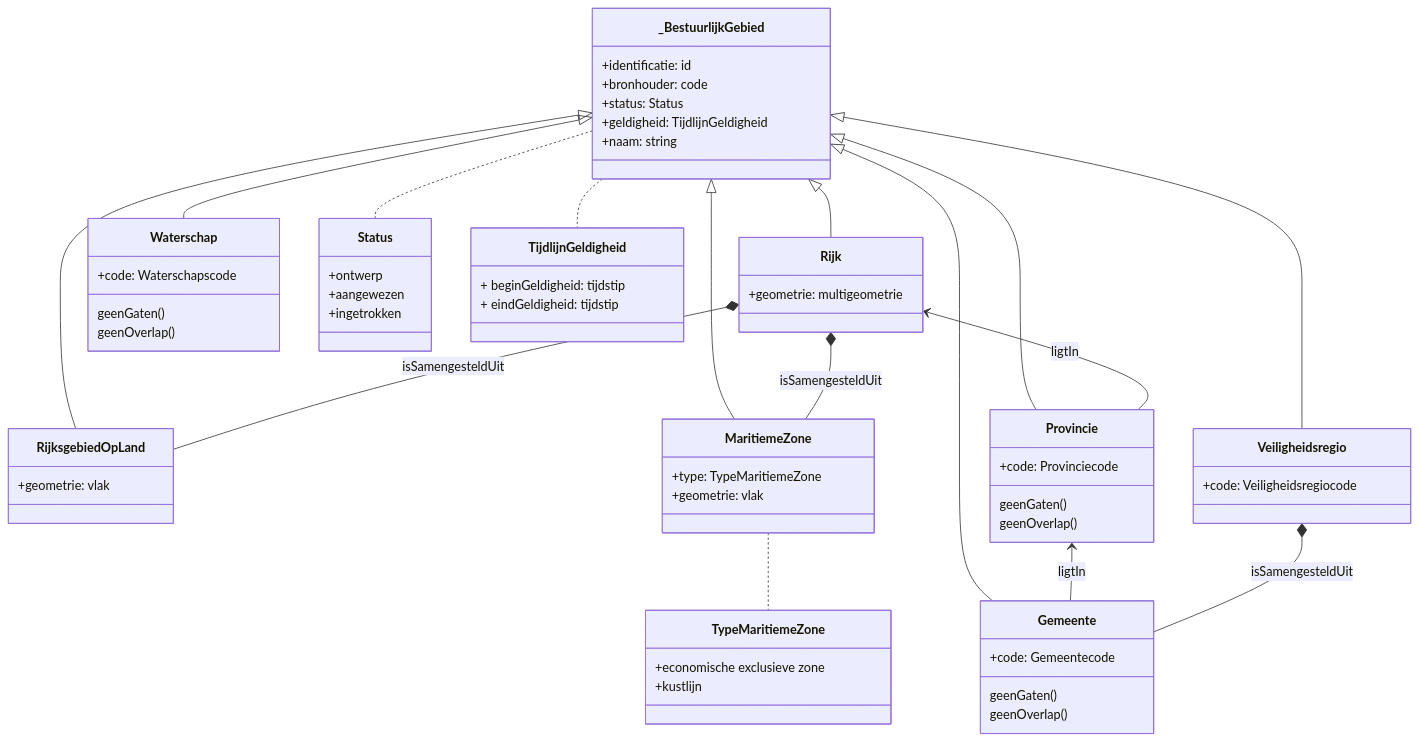
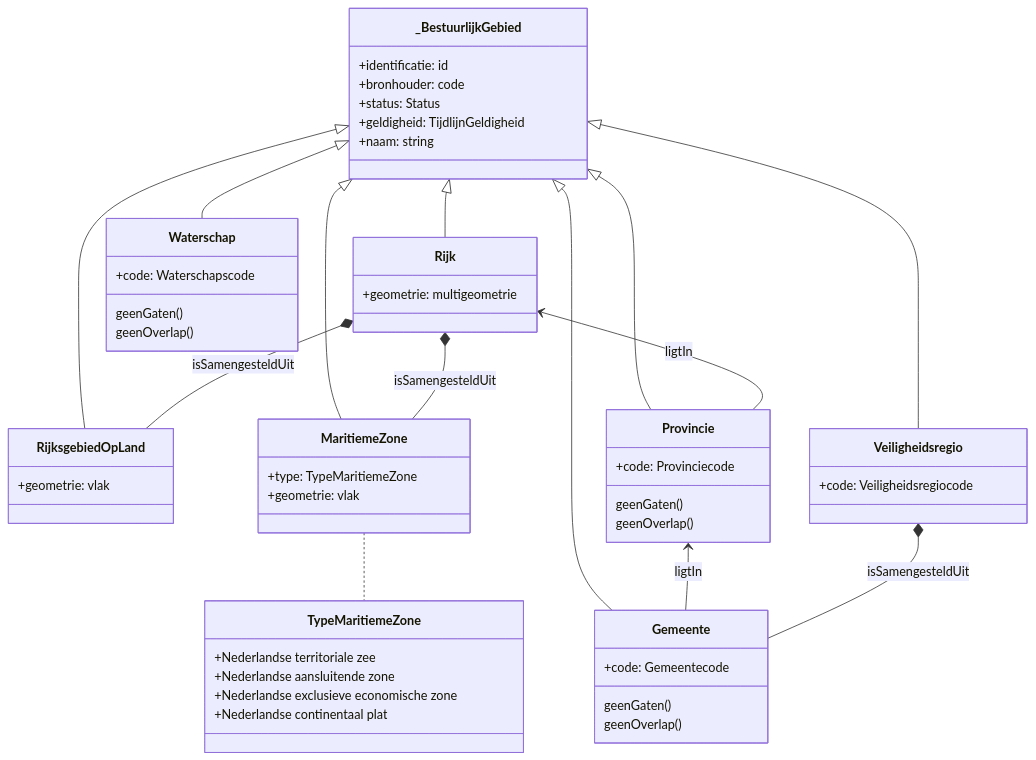
Before and after one commit to janvlug/disgeo-scope: the diagram in bestuurlijkegebieden/scope.md, drawn with Mermaid. The commit also changed other lines of this file, not shown here.

```diff
--- a/bestuurlijkegebieden/scope.md
+++ b/bestuurlijkegebieden/scope.md
@@ -488,125 +486,55 @@
 <div class="mermaid">
-
 classDiagram
-
-    _BestuurlijkGebied <|-- Rijk
-
-    _BestuurlijkGebied <|-- RijksgebiedOpLand
-
-    _BestuurlijkGebied <|-- MaritiemeZone
-
-    _BestuurlijkGebied <|-- Provincie
-
-    _BestuurlijkGebied <|-- Gemeente
-
-    _BestuurlijkGebied <|-- Waterschap
-
-    _BestuurlijkGebied <|-- Veiligheidsregio
-
-    Rijk *-- RijksgebiedOpLand: isSamengesteldUit
-
-    Rijk *-- MaritiemeZone: isSamengesteldUit
-
-    Rijk <-- Provincie: ligtIn
-
-    Provincie <-- Gemeente: ligtIn
-
-    Veiligheidsregio *-- Gemeente: isSamengesteldUit
-
-    MaritiemeZone .. TypeMaritiemeZone
-
-    TypeMaritiemeZone: +economische exclusieve zone
-
-    TypeMaritiemeZone: +kustlijn
-
-    _BestuurlijkGebied .. Status
-
-    Status: +ontwerp
-
-    Status: +aangewezen
-
-    Status: +ingetrokken    
-
-    _BestuurlijkGebied .. TijdlijnGeldigheid
-
-    class TijdlijnGeldigheid {
-
-        + beginGeldigheid: tijdstip
-
-        + eindGeldigheid: tijdstip
-
-    }
-
-    class _BestuurlijkGebied {
-
-        +identificatie: id
-
-        +bronhouder: code
-
-        +status: Status
-
-        +geldigheid: TijdlijnGeldigheid
-
-        +naam: string
-
-    }
-
-    class Rijk {
-
-        +geometrie: multigeometrie
-
-    }
-
-    Provincie
-
-    class RijksgebiedOpLand {
-
-        +geometrie: vlak
-
-    }
-
-    class MaritiemeZone {
-
-        +type: TypeMaritiemeZone
-
-        +geometrie: vlak
-
-    }
-
-    class Veiligheidsregio {
-
-        +code: Veiligheidsregiocode    
-
-    }
-
-    class Waterschap {
-
-        +code: Waterschapscode
-
-        geenGaten()
-
-        geenOverlap()
-
-    }
-
-    class Provincie {
-
-        +code: Provinciecode
-
-        geenGaten()
-
-        geenOverlap()
-
-    }
-
-    class Gemeente {
-
-        +code: Gemeentecode
-
-        geenGaten()
-
-        geenOverlap()
-
-    }
-
+    _BestuurlijkGebied <|-- Rijk
+    _BestuurlijkGebied <|-- RijksgebiedOpLand
+    _BestuurlijkGebied <|-- MaritiemeZone
+    _BestuurlijkGebied <|-- Provincie
+    _BestuurlijkGebied <|-- Gemeente
+    _BestuurlijkGebied <|-- Waterschap
+    _BestuurlijkGebied <|-- Veiligheidsregio
+    Rijk *-- RijksgebiedOpLand: isSamengesteldUit
+    Rijk *-- MaritiemeZone: isSamengesteldUit
+    Rijk <-- Provincie: ligtIn
+    Provincie <-- Gemeente: ligtIn
+    Veiligheidsregio *-- Gemeente: isSamengesteldUit
+    MaritiemeZone .. TypeMaritiemeZone
+    TypeMaritiemeZone: +Nederlandse territoriale zee 
+    TypeMaritiemeZone: +Nederlandse aansluitende zone
+    TypeMaritiemeZone: +Nederlandse exclusieve economische zone
+    TypeMaritiemeZone: +Nederlandse continentaal plat
+    class _BestuurlijkGebied {
+        +identificatie: id
+        +bronhouder: code
+        +status: Status
+        +geldigheid: TijdlijnGeldigheid
+        +naam: string
+    }
+    class Rijk {
+        +geometrie: multigeometrie
+    }
+    class RijksgebiedOpLand {
+        +geometrie: vlak
+    }
+    class MaritiemeZone {
+        +type: TypeMaritiemeZone
+        +geometrie: vlak
+    }
+    class Veiligheidsregio {
+        +code: Veiligheidsregiocode    
+    }
+    class Waterschap {
+        +code: Waterschapscode
+        geenGaten()
+        geenOverlap() 
+    }
+    class Provincie {
+        +code: Provinciecode
+        geenGaten()
+        geenOverlap() 
+    }
+    class Gemeente {
+        +code: Gemeentecode
+        geenGaten()
+        geenOverlap() 
+    }
 </div>
```
